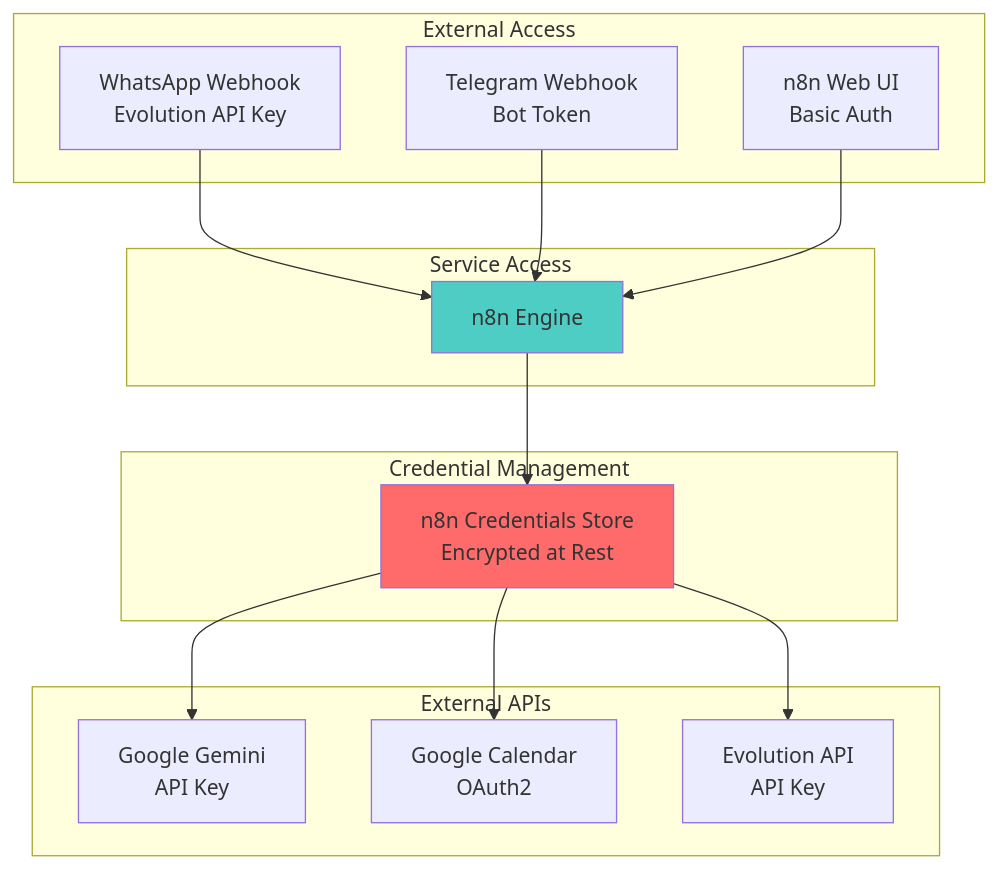
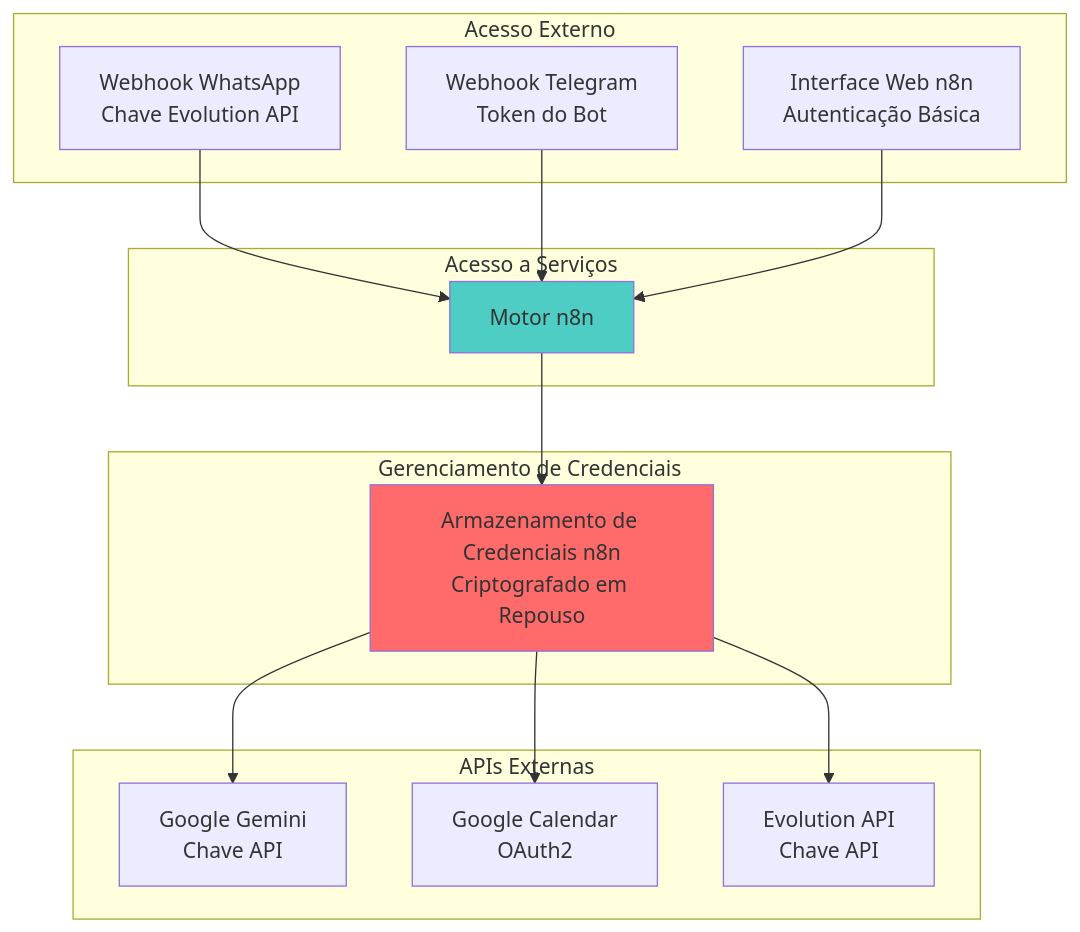
One commit to RenanLisboa8/n8n-clinic-multiagent changed the eighth of 10 diagrams in docs/ARCHITECTURE.md. Above: the diagram before and after it, drawn with Mermaid. The commit also changed other lines of this file and 3 other files, not shown here.

First line of the commit message:
Translate architecture and deployment documentation to Portuguese

````diff
--- a/docs/ARCHITECTURE.md
+++ b/docs/ARCHITECTURE.md
@@ -357,34 +357,34 @@
 ```mermaid
 graph TD
-    subgraph "External Access"
-        WH[WhatsApp Webhook<br/>Evolution API Key]
-        TH[Telegram Webhook<br/>Bot Token]
-        UI[n8n Web UI<br/>Basic Auth]
+    subgraph "Acesso Externo"
+        WH[Webhook WhatsApp<br/>Chave Evolution API]
+        TH[Webhook Telegram<br/>Token do Bot]
+        UI[Interface Web n8n<br/>Autenticação Básica]
     end
     
-    subgraph "Service Access"
-        N8N[n8n Engine]
+    subgraph "Acesso a Serviços"
+        N8N[Motor n8n]
     end
     
-    subgraph "Credential Management"
-        CRED[n8n Credentials Store<br/>Encrypted at Rest]
+    subgraph "Gerenciamento de Credenciais"
+        CRED[Armazenamento de Credenciais n8n<br/>Criptografado em Repouso]
     end
     
-    subgraph "External APIs"
-        GEMINI[Google Gemini<br/>API Key]
+    subgraph "APIs Externas"
+        GEMINI[Google Gemini<br/>Chave API]
         GCAL[Google Calendar<br/>OAuth2]
-        EVO[Evolution API<br/>API Key]
+        EVO[Evolution API<br/>Chave API]
     end
     
     WH --> N8N
     TH --> N8N
     UI --> N8N
     
     N8N --> CRED
     CRED --> GEMINI
     CRED --> GCAL
     CRED --> EVO
     
     style CRED fill:#ff6b6b
     style N8N fill:#4ecdc4
 ```
````
